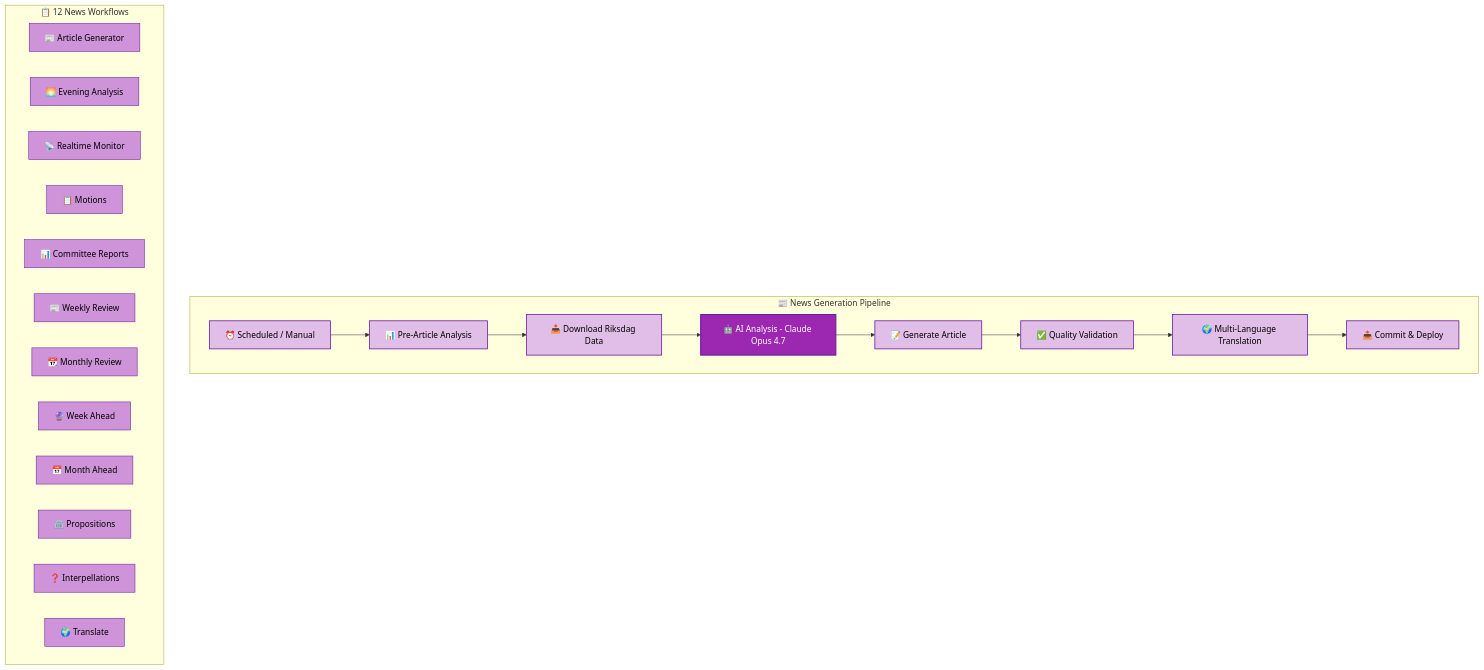
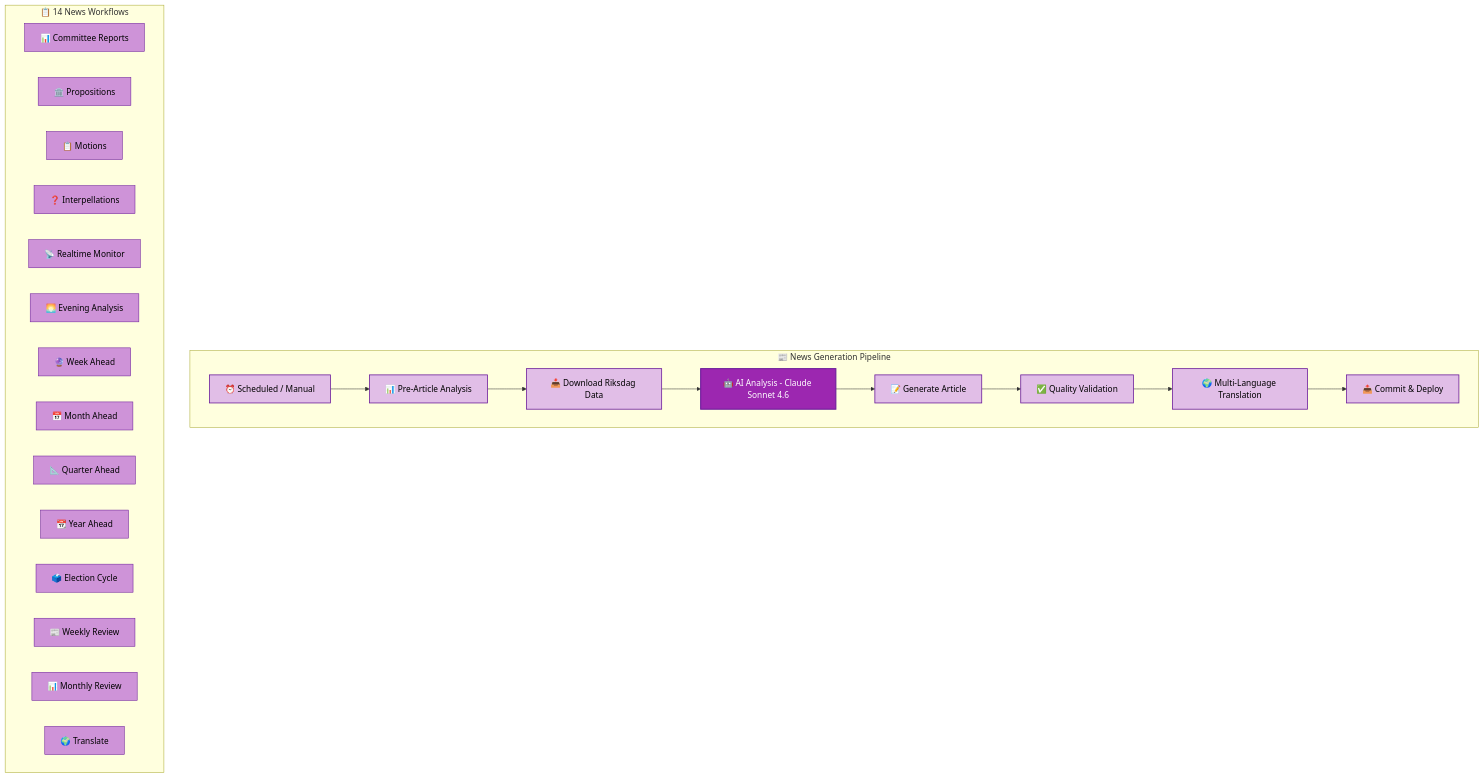
Before and after one commit to Hack23/riksdagsmonitor: the tenth of 20 diagrams in WORKFLOWS.md, drawn with Mermaid. The commit also changed other lines of this file and 3 other files, not shown here.

First line of the commit message:
Refresh article workflow documentation and recursive aggregation

````diff
--- a/WORKFLOWS.md
+++ b/WORKFLOWS.md
@@ -728,35 +732,37 @@
 ```mermaid
 flowchart TD
     subgraph "📰 News Generation Pipeline"
         Trigger[⏰ Scheduled / Manual] --> PreAnalysis[📊 Pre-Article Analysis]
         PreAnalysis --> Download[📥 Download Riksdag Data]
-        Download --> AIAnalysis[🤖 AI Analysis - Claude Opus 4.7]
+        Download --> AIAnalysis[🤖 AI Analysis - Claude Sonnet 4.6]
         AIAnalysis --> Generate[📝 Generate Article]
         Generate --> QualityCheck[✅ Quality Validation]
         QualityCheck --> Translate[🌍 Multi-Language Translation]
         Translate --> Deploy[📤 Commit & Deploy]
     end
 
-    subgraph "📋 12 News Workflows"
-        W1[📰 Article Generator]
-        W2[🌅 Evening Analysis]
-        W3[📡 Realtime Monitor]
-        W4[📋 Motions]
-        W5[📊 Committee Reports]
-        W6[📰 Weekly Review]
-        W7[📆 Monthly Review]
-        W8[🔮 Week Ahead]
-        W9[📅 Month Ahead]
-        W10[🏛️ Propositions]
-        W11[❓ Interpellations]
-        W12[🌍 Translate]
+    subgraph "📋 14 News Workflows"
+        W1[📊 Committee Reports]
+        W2[🏛️ Propositions]
+        W3[📋 Motions]
+        W4[❓ Interpellations]
+        W5[📡 Realtime Monitor]
+        W6[🌅 Evening Analysis]
+        W7[🔮 Week Ahead]
+        W8[📅 Month Ahead]
+        W9[📐 Quarter Ahead]
+        W10[📆 Year Ahead]
+        W11[🗳️ Election Cycle]
+        W12[📰 Weekly Review]
+        W13[📊 Monthly Review]
+        W14[🌍 Translate]
     end
 
     classDef pipeline fill:#e1bee7,stroke:#6a1b9a,stroke-width:1.5px,color:black
     classDef workflow fill:#ce93d8,stroke:#6a1b9a,stroke-width:1px,color:black
     classDef ai fill:#9C27B0,stroke:#6a1b9a,stroke-width:2px,color:white
 
     class Trigger,PreAnalysis,Download,Generate,QualityCheck,Translate,Deploy pipeline
     class AIAnalysis ai
-    class W1,W2,W3,W4,W5,W6,W7,W8,W9,W10,W11,W12 workflow
+    class W1,W2,W3,W4,W5,W6,W7,W8,W9,W10,W11,W12,W13,W14 workflow
 ```
````
